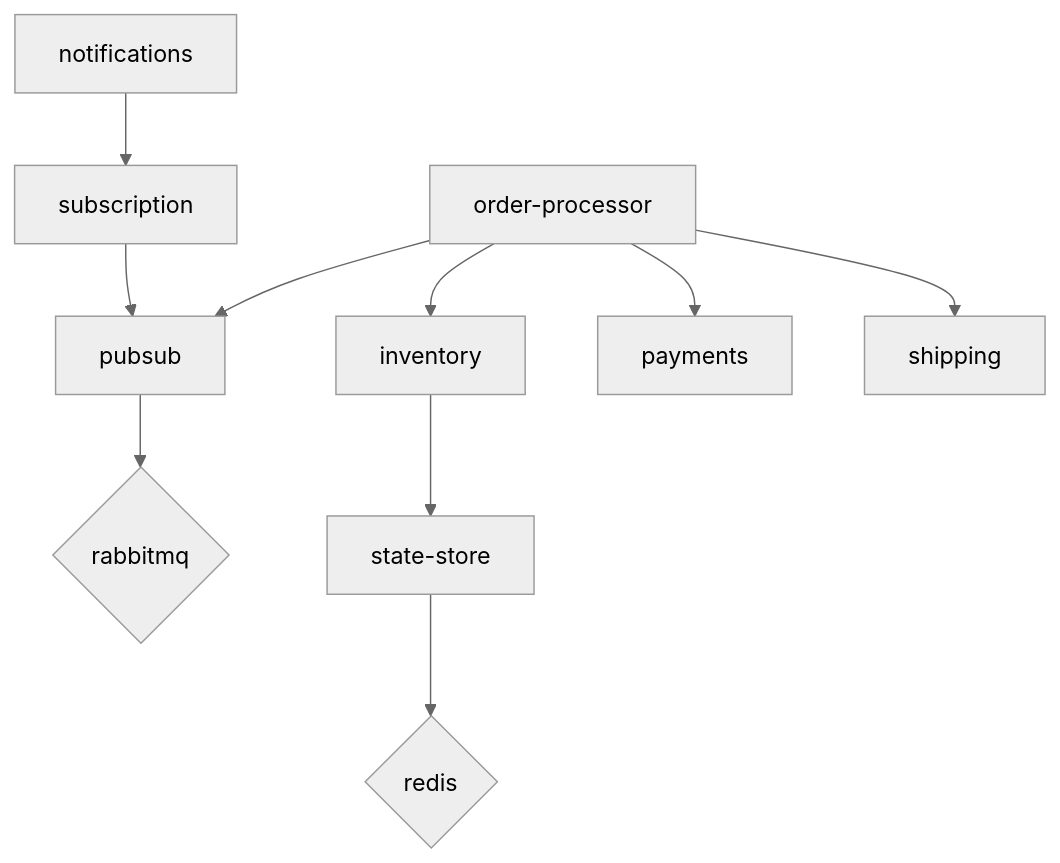
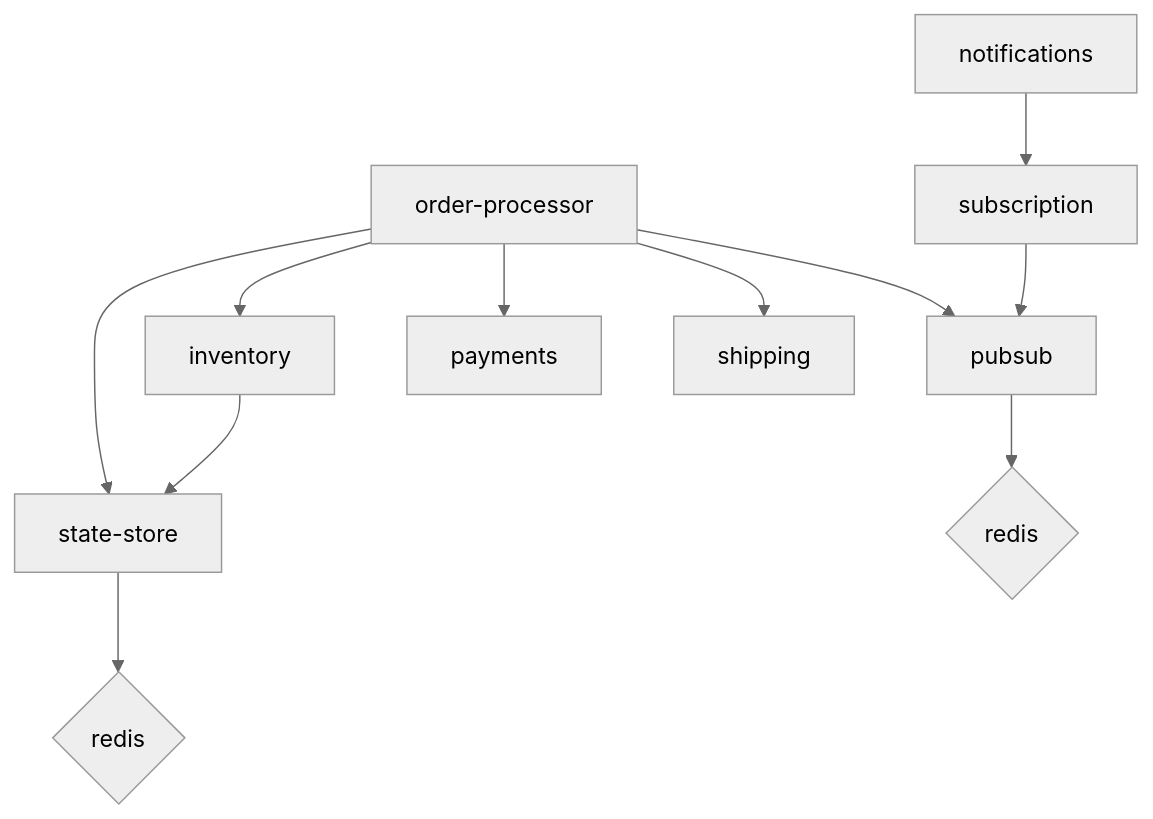
The diagram in README.md (kendallroden/kubecon-dapr-score-demo), drawn with Mermaid (neutral theme) before and after one commit.

Commit message:
redis in mermaid

````diff
--- a/README.md
+++ b/README.md
@@ -1,9 +1,10 @@
 ```mermaid
 flowchart TD
     inventory-->state-store-->redis{redis}
     notifications-->subscription-->pubsub
-    order-processor-->pubsub-->rabbitmq{rabbitmq}
+    order-processor-->state-store
+    order-processor-->pubsub-->rabbitmq{redis}
     order-processor-->inventory
     order-processor-->payments
     order-processor-->shipping
 ```
````
